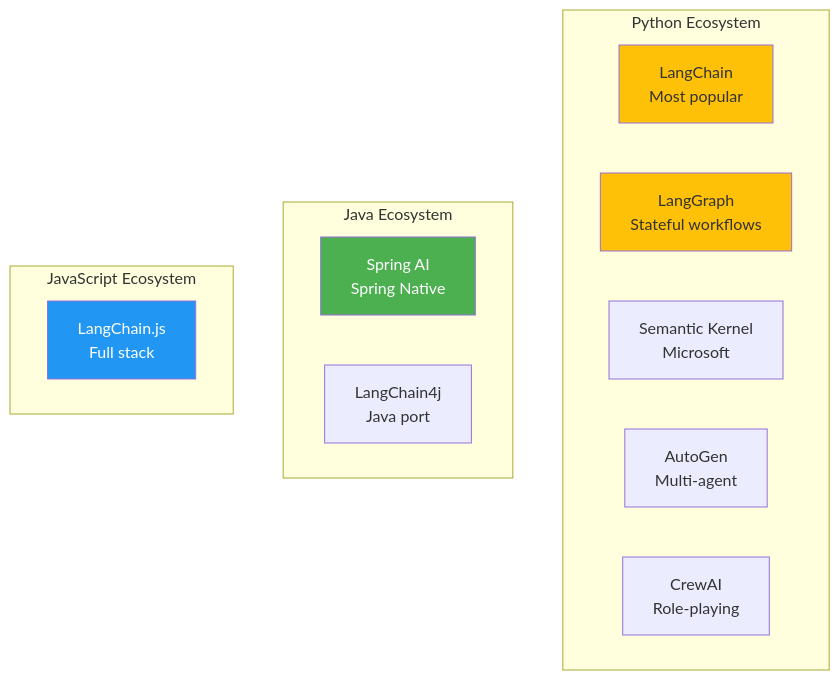
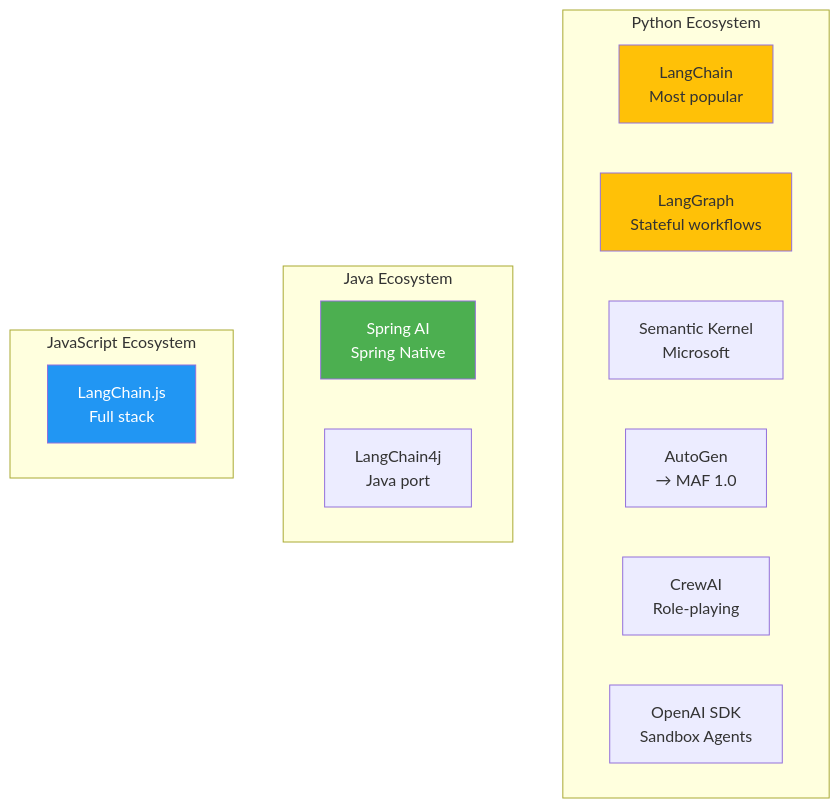
One commit to YiWang24/AiDIY changed the first of 2 diagrams in docs/ai/agents/frameworks.mdx. Above: the diagram before and after it, drawn with Mermaid. The commit also changed other lines of this file and 1 other file, not shown here.

````diff
--- a/docs/ai/agents/frameworks.mdx
+++ b/docs/ai/agents/frameworks.mdx
@@ -18,24 +18,25 @@
 ```mermaid
 graph TB
     subgraph Python["Python Ecosystem"]
         LC[LangChain<br/>Most popular]
         LG[LangGraph<br/>Stateful workflows]
         SK[Semantic Kernel<br/>Microsoft]
-        AG[AutoGen<br/>Multi-agent]
+        AG[AutoGen<br/>→ MAF 1.0]
         CR[CrewAI<br/>Role-playing]
+        OA[OpenAI SDK<br/>Sandbox Agents]
     end
 
     subgraph Java["Java Ecosystem"]
         SA[Spring AI<br/>Spring Native]
         LA[LangChain4j<br/>Java port]
     end
 
     subgraph JS["JavaScript Ecosystem"]
         LSC[LangChain.js<br/>Full stack]
     end
 
     style SA fill:#4caf50,color:#fff
     style LC fill:#ffc107
     style LG fill:#ffc107
     style LSC fill:#2196f3,color:#fff
 ```
````
